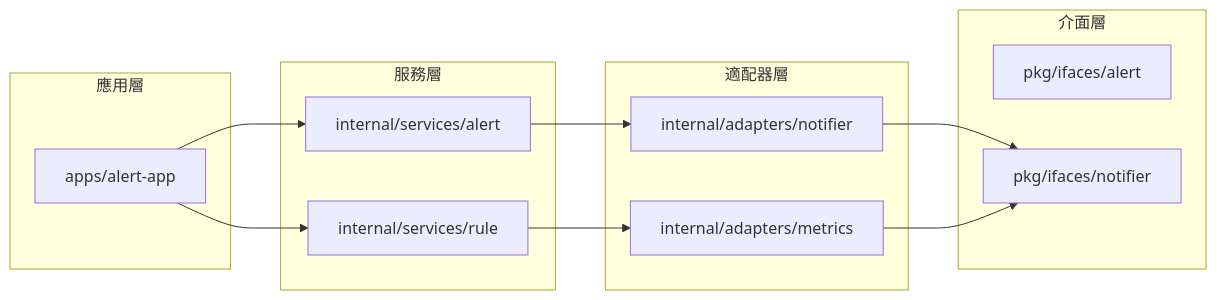
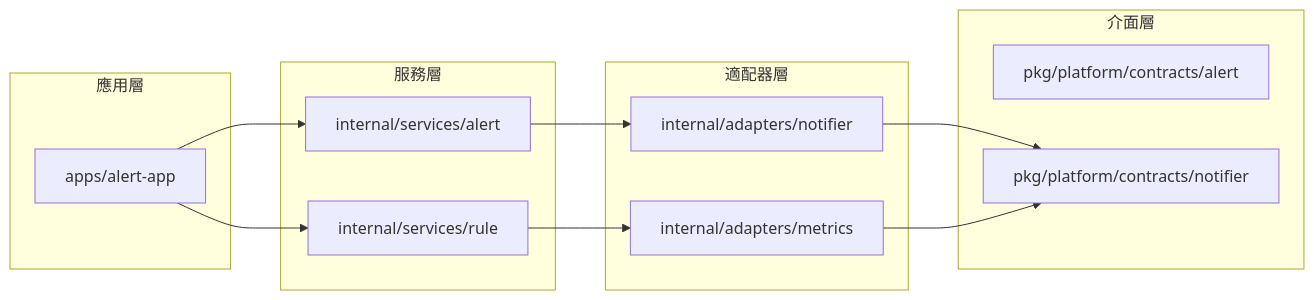
The diagram in docs/develop-guide.md (detectviz/detectviz), drawn with Mermaid before and after one commit. The commit also changed other lines of this file and 253 other files, not shown here.

````diff
--- a/docs/develop-guide.md
+++ b/docs/develop-guide.md
@@ -26,28 +22,28 @@
 ```mermaid
 graph LR
     subgraph "應用層"
         A1["apps/alert-app"]
     end
     
     subgraph "服務層"
         S1["internal/services/alert"]
         S2["internal/services/rule"]
     end
     
     subgraph "適配器層"
         AD1["internal/adapters/notifier"]
         AD2["internal/adapters/metrics"]
     end
     
     subgraph "介面層"
-        I1["pkg/ifaces/alert"]
-        I2["pkg/ifaces/notifier"]
+        I1["pkg/platform/contracts/alert"]
+        I2["pkg/platform/contracts/notifier"]
     end
     
     A1 --> S1
     A1 --> S2
     S1 --> AD1
     S2 --> AD2
     AD1 --> I2
     AD2 --> I2
 ```
````
